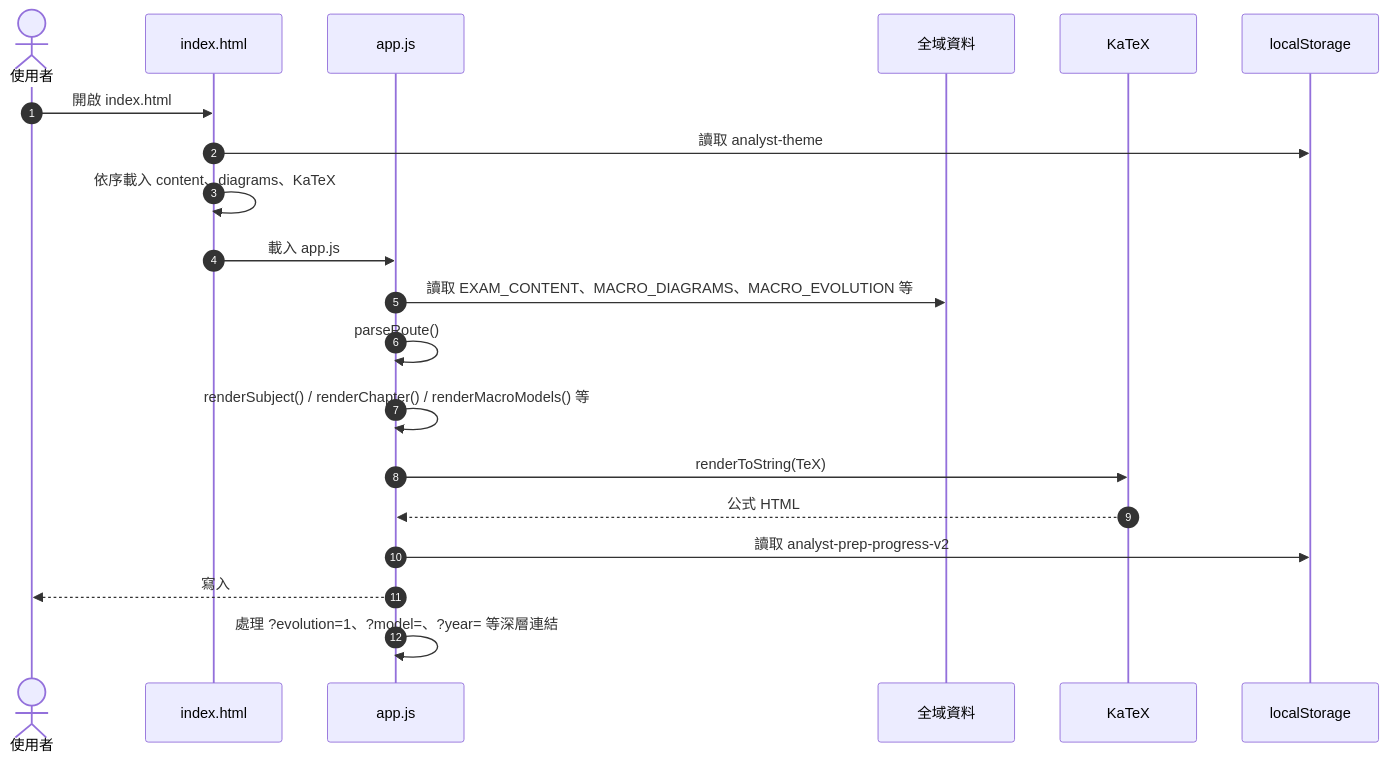
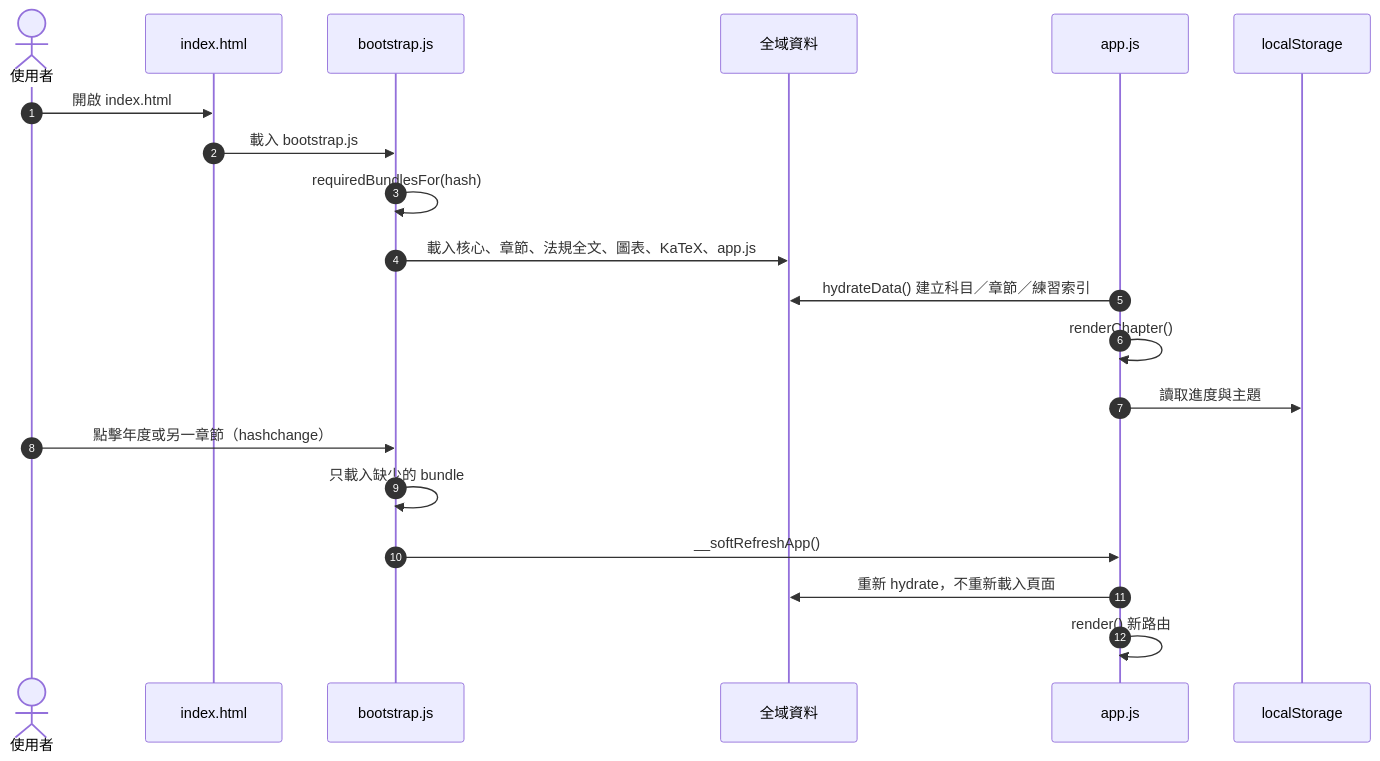
One commit to solo0920/analysis changed the third of 5 diagrams in documents/architecture.md. Above: the diagram before and after it, drawn with Mermaid. The commit also changed other lines of this file and 118 other files, not shown here.

Commit message:
Add soft bundle navigation, past-exam search, and performance bundle

````diff
--- a/documents/architecture.md
+++ b/documents/architecture.md
@@ -112,23 +108,23 @@
 ```mermaid
 sequenceDiagram
   autonumber
   actor U as 使用者
   participant H as index.html
+  participant B as bootstrap.js
+  participant D as 全域資料
   participant A as app.js
-  participant D as 全域資料
-  participant K as KaTeX
   participant S as localStorage
 
-  U->>H: 開啟 index.html#/subject/macro
-  H->>S: 讀取 analyst-theme
-  H->>H: 依序載入 content、diagrams、KaTeX
-  H->>A: 載入 app.js
-  A->>D: 讀取 EXAM_CONTENT、MACRO_DIAGRAMS、MACRO_EVOLUTION 等
-  A->>A: parseRoute()
-  A->>A: renderSubject() / renderChapter() / renderMacroModels() 等
-  A->>K: renderToString(TeX)
-  K-->>A: 公式 HTML
-  A->>S: 讀取 analyst-prep-progress-v2
-  A-->>U: 寫入 #main、更新導覽與閱讀進度
-  A->>A: 處理 ?evolution=1、?model=、?year= 等深層連結
+  U->>H: 開啟 index.html#/chapter/law-01
+  H->>B: 載入 bootstrap.js
+  B->>B: requiredBundlesFor(hash)
+  B->>D: 載入核心、章節、法規全文、圖表、KaTeX、app.js
+  A->>D: hydrateData() 建立科目／章節／練習索引
+  A->>A: renderChapter()
+  A->>S: 讀取進度與主題
+  U->>B: 點擊年度或另一章節（hashchange）
+  B->>B: 只載入缺少的 bundle
+  B->>A: __softRefreshApp()
+  A->>D: 重新 hydrate，不重新載入頁面
+  A->>A: render() 新路由
 ```
````
